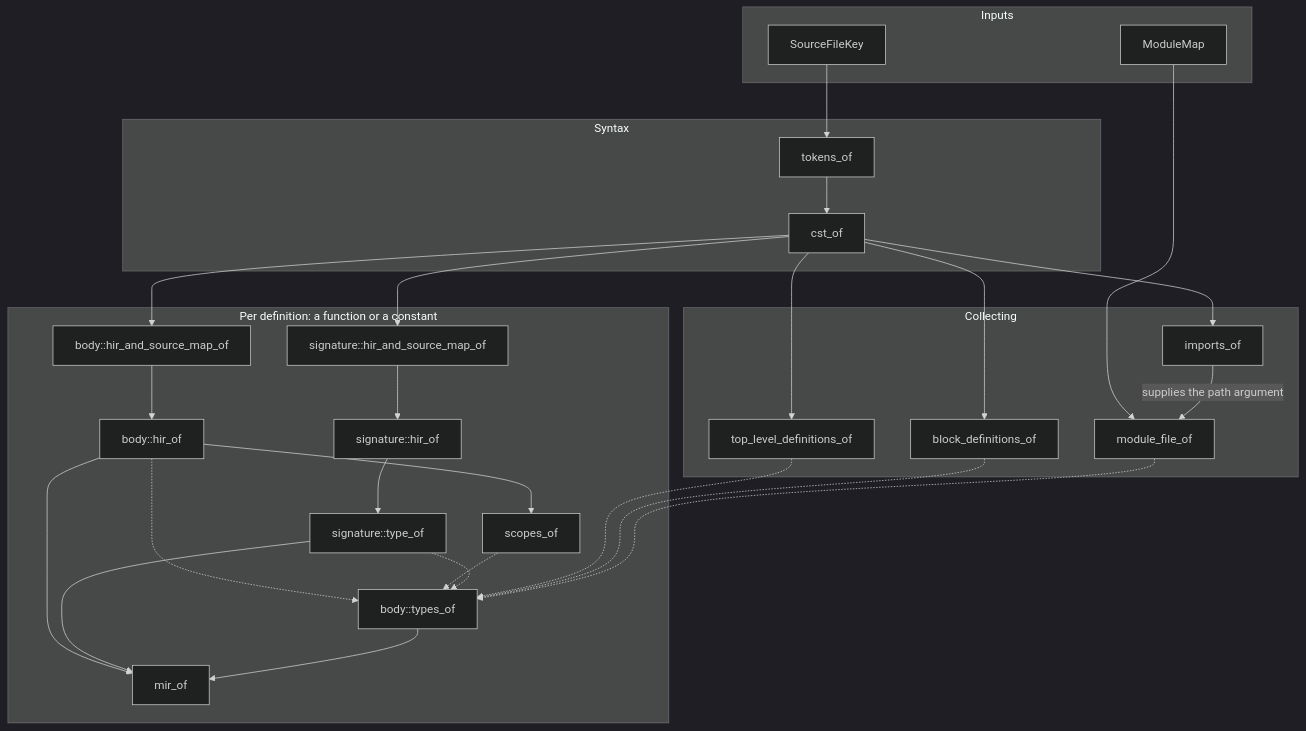
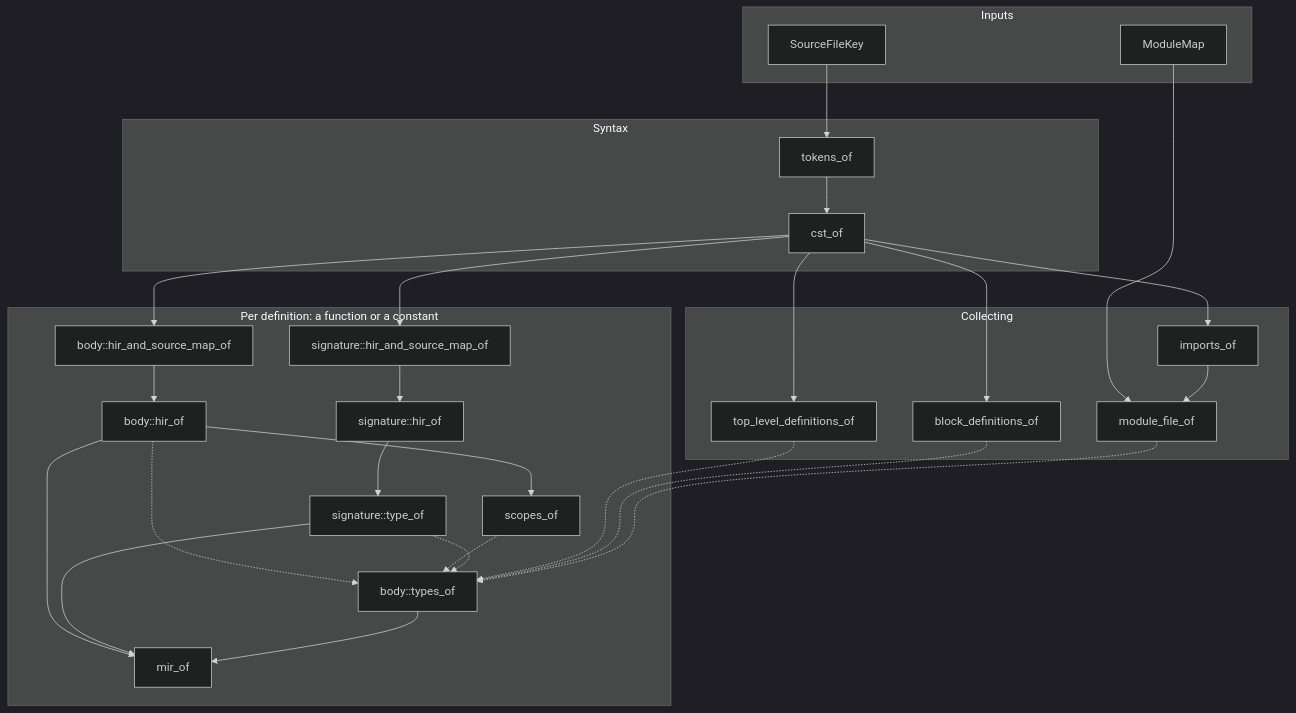
One commit to simontran7/blueberry changed the diagram in docs/README.md. Above: the diagram before and after it, drawn with Mermaid (dark theme). The commit also changed 15 other files, not shown here.

````diff
--- a/docs/README.md
+++ b/docs/README.md
@@ -7,47 +7,47 @@
 ```mermaid
 flowchart TD
     subgraph inputs [Inputs]
         SourceFileKey
         ModuleMap
     end
 
     subgraph syntax [Syntax]
         tokens_of
         cst_of
     end
 
     subgraph collect [Collecting]
         top_level_definitions_of
         block_definitions_of
         imports_of
         module_file_of
     end
 
     subgraph definition [Per definition: a function or a constant]
         signature_hir_and_source_map_of["signature::hir_and_source_map_of"]
         signature_hir_of["signature::hir_of"]
         signature_type_of["signature::type_of"]
         body_hir_and_source_map_of["body::hir_and_source_map_of"]
         body_hir_of["body::hir_of"]
         scopes_of
         body_types_of["body::types_of"]
         mir_of
     end
 
     SourceFileKey --> tokens_of --> cst_of
 
     cst_of --> top_level_definitions_of
     cst_of --> block_definitions_of
     cst_of --> imports_of
 
     ModuleMap --> module_file_of
-    imports_of -- "supplies the path argument" --> module_file_of
+    imports_of --> module_file_of
 
     cst_of --> signature_hir_and_source_map_of --> signature_hir_of --> signature_type_of
     cst_of --> body_hir_and_source_map_of --> body_hir_of --> scopes_of
 
     body_hir_of & scopes_of & signature_type_of -.-> body_types_of
     top_level_definitions_of & block_definitions_of & module_file_of -.-> body_types_of
 
     body_hir_of & signature_type_of & body_types_of --> mir_of
 ```
````
